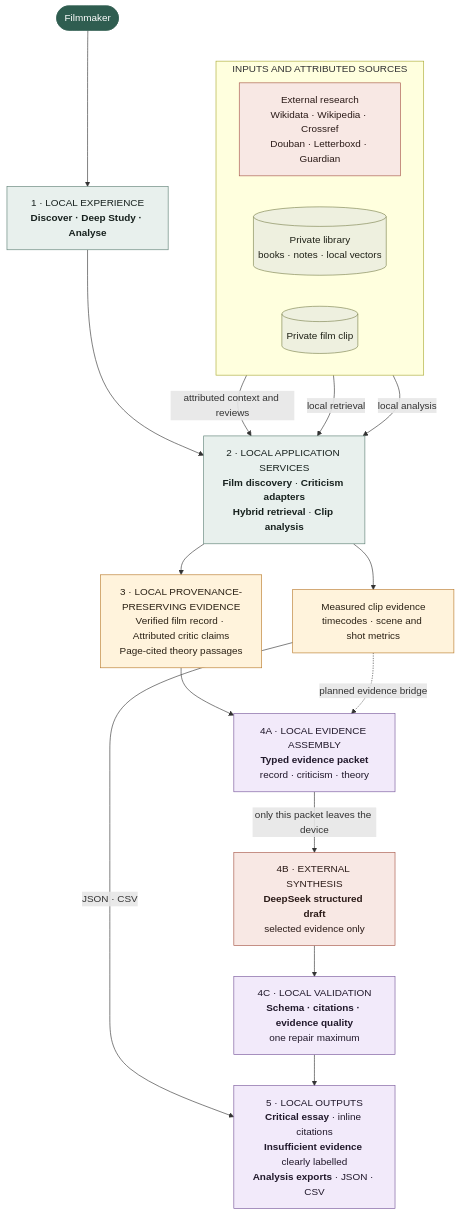
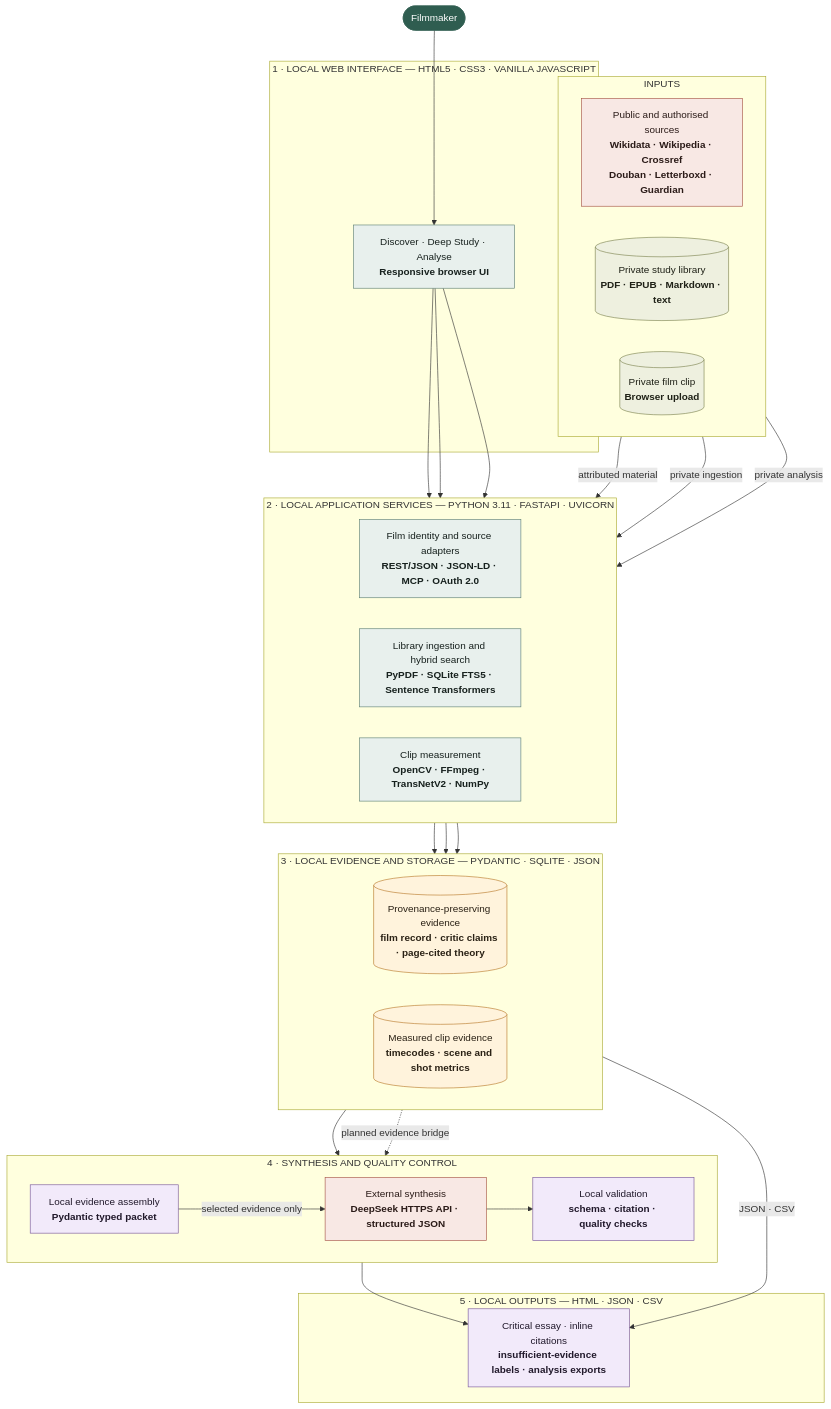
One commit to Luo-Z-Y/FirstRoll changed the diagram in readme.md. Above: the diagram before and after it, drawn with Mermaid. The commit also changed other lines of this file and 5 other files, not shown here.

Commit message:
Refine UI identity and architecture

````diff
--- a/readme.md
+++ b/readme.md
@@ -94,51 +92,71 @@
 ```mermaid
 flowchart TB
     MAKER(["Filmmaker"])
 
-    EXPERIENCE["1 · LOCAL EXPERIENCE<br/><b>Discover · Deep Study · Analyse</b>"]
-
-    subgraph SOURCES["INPUTS AND ATTRIBUTED SOURCES"]
-        direction LR
-        RESEARCH["External research<br/>Wikidata · Wikipedia · Crossref<br/>Douban · Letterboxd · Guardian"]
-        LIBRARY[("Private library<br/>books · notes · local vectors")]
-        VIDEO[("Private film clip")]
+    subgraph L1["1 · LOCAL WEB INTERFACE — HTML5 · CSS3 · VANILLA JAVASCRIPT"]
+        UI["Discover · Deep Study · Analyse<br/><b>Responsive browser UI</b>"]
     end
 
-    SERVICES["2 · LOCAL APPLICATION SERVICES<br/><b>Film discovery</b> · <b>Criticism adapters</b><br/><b>Hybrid retrieval</b> · <b>Clip analysis</b>"]
+    subgraph INPUTS["INPUTS"]
+        direction LR
+        RESEARCH["Public and authorised sources<br/><b>Wikidata · Wikipedia · Crossref<br/>Douban · Letterboxd · Guardian</b>"]
+        LIBRARY[("Private study library<br/><b>PDF · EPUB · Markdown · text</b>")]
+        VIDEO[("Private film clip<br/><b>Browser upload</b>")]
+    end
 
-    EVIDENCE["3 · LOCAL PROVENANCE-PRESERVING EVIDENCE<br/>Verified film record · Attributed critic claims<br/>Page-cited theory passages"]
-    MEASURE["Measured clip evidence<br/>timecodes · scene and shot metrics"]
+    subgraph L2["2 · LOCAL APPLICATION SERVICES — PYTHON 3.11 · FASTAPI · UVICORN"]
+        direction LR
+        DISCOVERY["Film identity and source adapters<br/><b>REST/JSON · JSON-LD · MCP · OAuth 2.0</b>"]
+        RETRIEVAL["Library ingestion and hybrid search<br/><b>PyPDF · SQLite FTS5 · Sentence Transformers</b>"]
+        ANALYSIS["Clip measurement<br/><b>OpenCV · FFmpeg · TransNetV2 · NumPy</b>"]
+    end
 
-    PACKET["4A · LOCAL EVIDENCE ASSEMBLY<br/><b>Typed evidence packet</b><br/>record · criticism · theory"]
-    DEEPSEEK["4B · EXTERNAL SYNTHESIS<br/><b>DeepSeek structured draft</b><br/>selected evidence only"]
-    GATE["4C · LOCAL VALIDATION<br/><b>Schema · citations · evidence quality</b><br/>one repair maximum"]
+    subgraph L3["3 · LOCAL EVIDENCE AND STORAGE — PYDANTIC · SQLITE · JSON"]
+        direction LR
+        EVIDENCE[("Provenance-preserving evidence<br/><b>film record · critic claims · page-cited theory</b>")]
+        MEASURE[("Measured clip evidence<br/><b>timecodes · scene and shot metrics</b>")]
+    end
 
-    OUTPUTS["5 · LOCAL OUTPUTS<br/><b>Critical essay</b> · inline citations<br/><b>Insufficient evidence</b> clearly labelled<br/><b>Analysis exports</b> · JSON · CSV"]
+    subgraph L4["4 · SYNTHESIS AND QUALITY CONTROL"]
+        direction LR
+        PACKET["Local evidence assembly<br/><b>Pydantic typed packet</b>"]
+        DEEPSEEK["External synthesis<br/><b>DeepSeek HTTPS API · structured JSON</b>"]
+        GATE["Local validation<br/><b>schema · citation · quality checks</b>"]
+    end
 
-    MAKER --> EXPERIENCE --> SERVICES
-    RESEARCH -->|"attributed context and reviews"| SERVICES
-    LIBRARY -->|"local retrieval"| SERVICES
-    VIDEO -->|"local analysis"| SERVICES
+    subgraph L5["5 · LOCAL OUTPUTS — HTML · JSON · CSV"]
+        OUTPUTS["Critical essay · inline citations<br/><b>insufficient-evidence labels · analysis exports</b>"]
+    end
 
-    SERVICES --> EVIDENCE --> PACKET
-    SERVICES --> MEASURE
+    MAKER --> UI
+    UI --> DISCOVERY
+    UI --> RETRIEVAL
+    UI --> ANALYSIS
+
+    RESEARCH -->|"attributed material"| DISCOVERY
+    LIBRARY -->|"private ingestion"| RETRIEVAL
+    VIDEO -->|"private analysis"| ANALYSIS
+
+    DISCOVERY --> EVIDENCE
+    RETRIEVAL --> EVIDENCE
+    ANALYSIS --> MEASURE
+    EVIDENCE --> PACKET
+    PACKET -->|"selected evidence only"| DEEPSEEK
+    DEEPSEEK --> GATE --> OUTPUTS
     MEASURE -->|"JSON · CSV"| OUTPUTS
     MEASURE -. "planned evidence bridge" .-> PACKET
-
-    PACKET -->|"only this packet leaves the device"| DEEPSEEK
-    DEEPSEEK --> GATE --> OUTPUTS
 
     classDef person fill:#2f5d50,stroke:#2f5d50,color:#ffffff;
     classDef service fill:#e8f0ed,stroke:#5d7f74,color:#17211e;
     classDef evidence fill:#fff3dc,stroke:#b8792a,color:#2a2115;
     classDef study fill:#f2eafa,stroke:#77569a,color:#21192b;
     classDef private fill:#eef0df,stroke:#7c824f,color:#1f2117;
     classDef external fill:#f8e8e4,stroke:#a55445,color:#2b1b18;
 
     class MAKER person;
-    class EXPERIENCE,SERVICES service;
+    class UI,DISCOVERY,RETRIEVAL,ANALYSIS service;
     class EVIDENCE,MEASURE evidence;
     class PACKET,GATE,OUTPUTS study;
     class LIBRARY,VIDEO private;
     class RESEARCH,DEEPSEEK external;
 ```
````
